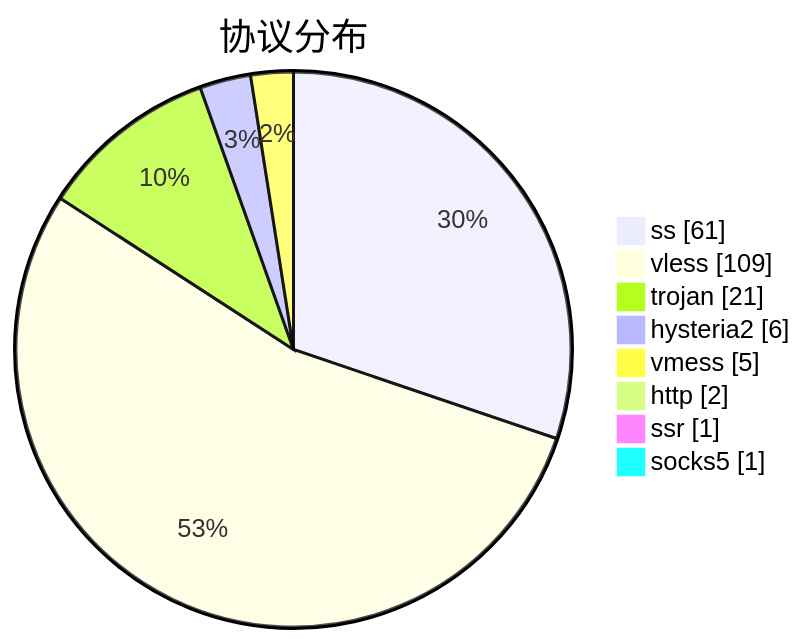
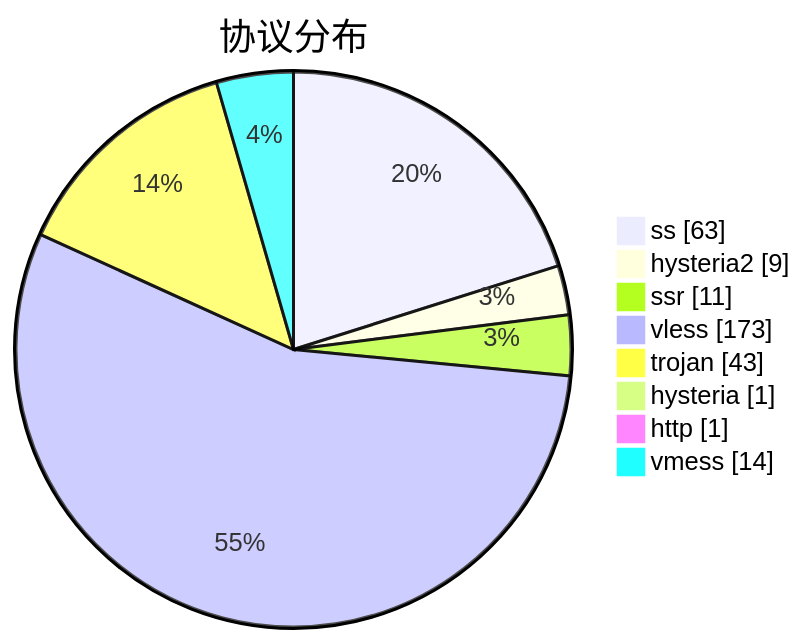
The third of 3 diagrams in subs/statistics/tested_within.md (sinspired/airport), drawn with Mermaid before and after one commit. The commit also changed other lines of this file and 2 other files, not shown here.

````diff
--- a/subs/statistics/tested_within.md
+++ b/subs/statistics/tested_within.md
@@ -39,12 +41,12 @@
 ```mermaid
 pie showData
 title 协议分布
-"ss" : 61
-"vless" : 109
-"trojan" : 21
-"hysteria2" : 6
-"vmess" : 5
-"http" : 2
-"ssr" : 1
-"socks5" : 1
+"ss" : 63
+"hysteria2" : 9
+"ssr" : 11
+"vless" : 173
+"trojan" : 43
+"hysteria" : 1
+"http" : 1
+"vmess" : 14
 ```
````
